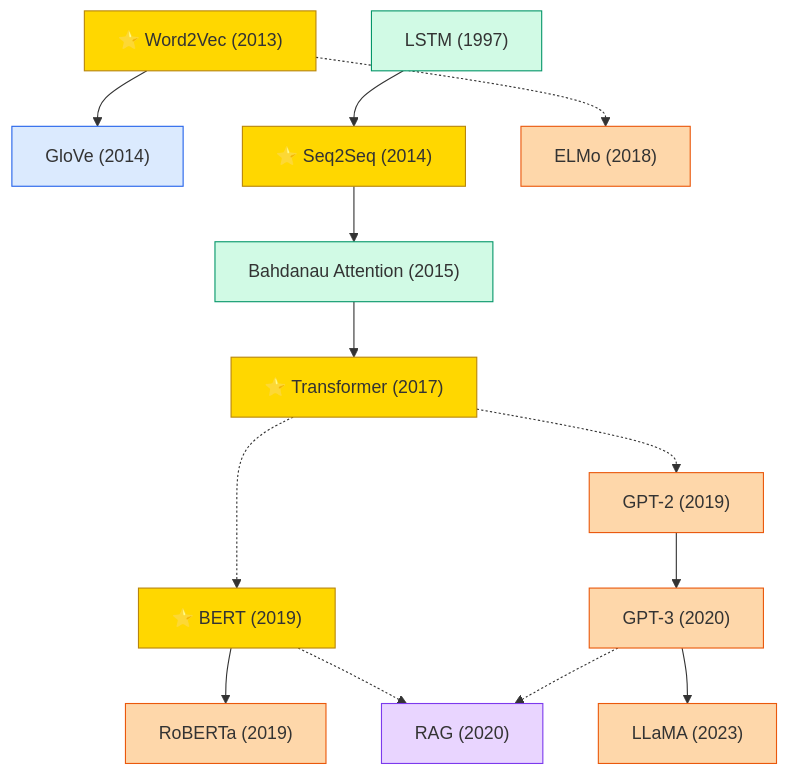
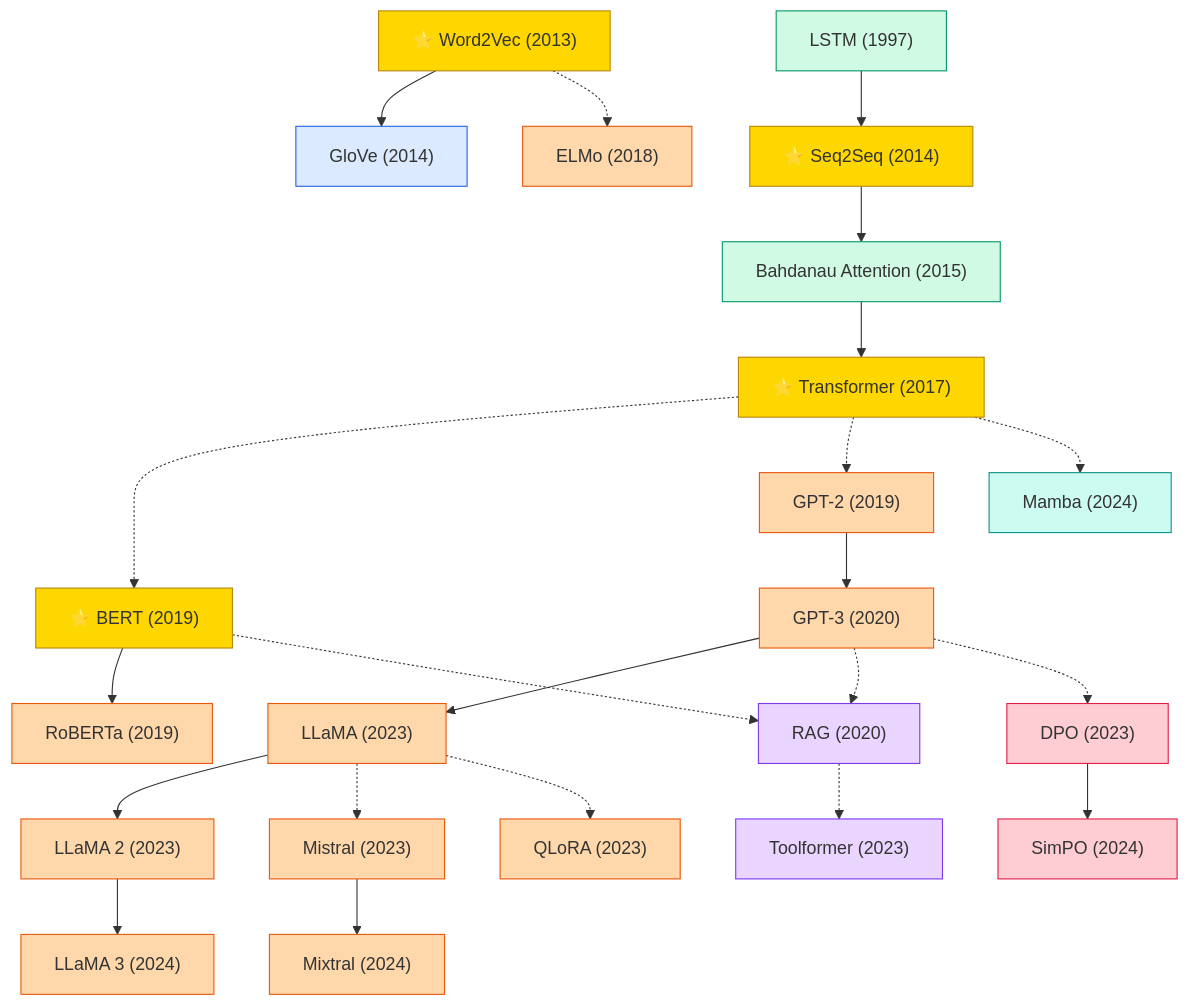
One commit to zerenzhou/Awesome-Machine-Learning-Papers changed the diagram in domains/nlp/README.md. Above: the diagram before and after it, drawn with Mermaid. The commit also changed other lines of this file and 4 other files, not shown here.

````diff
--- a/domains/nlp/README.md
+++ b/domains/nlp/README.md
@@ -7,23 +7,36 @@
 ```mermaid
 graph TD
     classDef word fill:#DBEAFE,stroke:#2563EB
     classDef seq fill:#D1FAE5,stroke:#059669
     classDef plm fill:#FED7AA,stroke:#EA580C
     classDef rag fill:#E9D5FF,stroke:#7C3AED
+    classDef align fill:#FECDD3,stroke:#E11D48
+    classDef ssm fill:#CCFBF1,stroke:#0D9488
     classDef star fill:#FFD700,stroke:#B8860B
 
     Word2Vec["⭐ Word2Vec (2013)"]:::star --> GloVe["GloVe (2014)"]:::word
     LSTM["LSTM (1997)"]:::seq --> Seq2Seq["⭐ Seq2Seq (2014)"]:::star
     Seq2Seq --> Attention["Bahdanau Attention (2015)"]:::seq
     Attention --> Transformer["⭐ Transformer (2017)"]:::star
 
     Word2Vec -.-> ELMo["ELMo (2018)"]:::plm
     Transformer -.-> BERT["⭐ BERT (2019)"]:::star
     BERT --> RoBERTa["RoBERTa (2019)"]:::plm
     Transformer -.-> GPT2["GPT-2 (2019)"]:::plm
     GPT2 --> GPT3["GPT-3 (2020)"]:::plm
     GPT3 --> LLaMA["LLaMA (2023)"]:::plm
+    LLaMA --> LLaMA2["LLaMA 2 (2023)"]:::plm
+    LLaMA2 --> LLaMA3["LLaMA 3 (2024)"]:::plm
+    LLaMA -.-> Mistral["Mistral (2023)"]:::plm
+    Mistral --> Mixtral["Mixtral (2024)"]:::plm
+    LLaMA -.-> QLoRA["QLoRA (2023)"]:::plm
 
     BERT -.-> RAG["RAG (2020)"]:::rag
     GPT3 -.-> RAG
+    RAG -.-> Toolformer["Toolformer (2023)"]:::rag
+
+    GPT3 -.-> DPO["DPO (2023)"]:::align
+    DPO --> SimPO["SimPO (2024)"]:::align
+
+    Transformer -.-> Mamba["Mamba (2024)"]:::ssm
 ```
````
